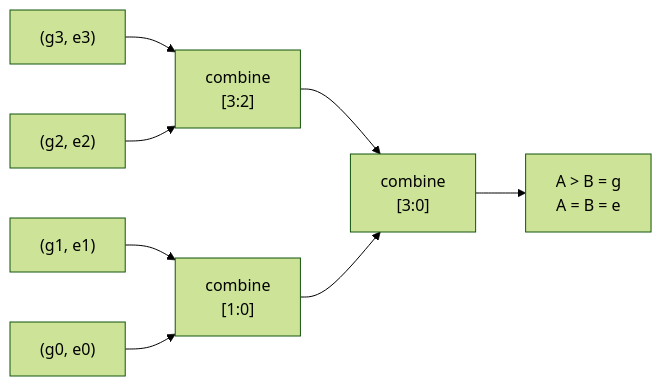
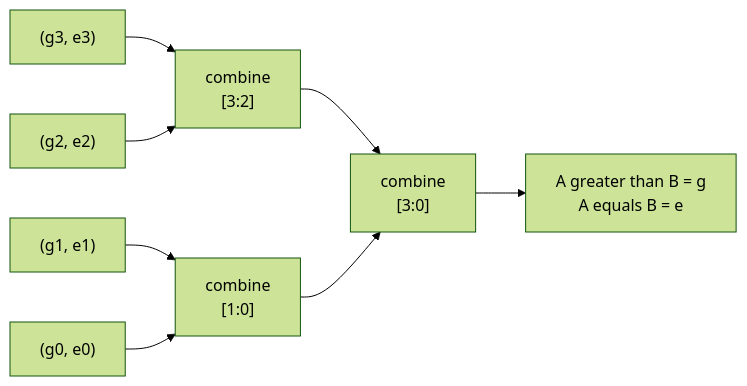
Before and after one commit to Wty2003328/silicon-design-notebook: the sixth of 31 diagrams in 00_Fundamentals/02_Logic_Building_Blocks.md, drawn with Mermaid (forest theme). The commit also changed other lines of this file and 125 other files, not shown here.

First line of the commit message:
Complete the AMBA family, refresh the learning path, and make every figure and formula actually render

````diff
--- a/00_Fundamentals/02_Logic_Building_Blocks.md
+++ b/00_Fundamentals/02_Logic_Building_Blocks.md
@@ -421,10 +421,10 @@
 ```mermaid
 flowchart LR
   B3["(g3, e3)"] --> C32["combine<br/>[3:2]"]
   B2["(g2, e2)"] --> C32
   B1["(g1, e1)"] --> C10["combine<br/>[1:0]"]
   B0["(g0, e0)"] --> C10
   C32 --> ROOT["combine<br/>[3:0]"]
   C10 --> ROOT
-  ROOT --> OUT["A &gt; B = g<br/>A = B = e"]
+  ROOT --> OUT["A greater than B = g<br/>A equals B = e"]
 ```
````
